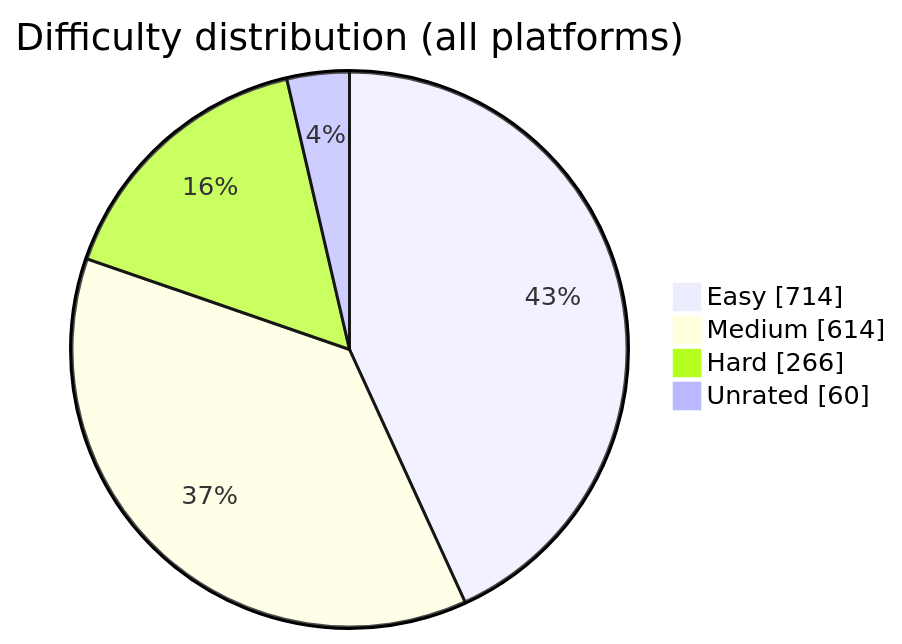
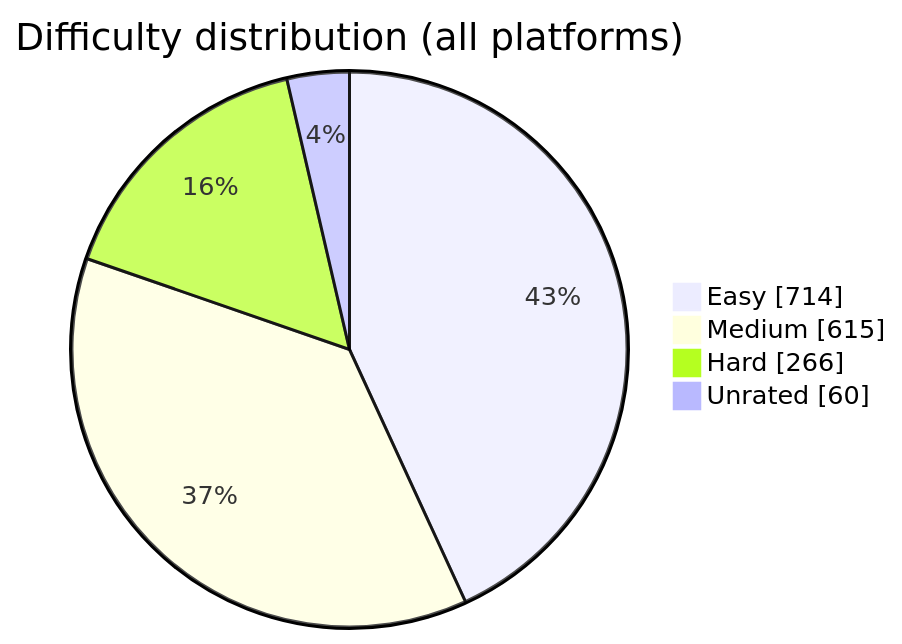
One commit to BuildbyArindam/Daily-Coding-Log changed the diagram in README.md. Above: the diagram before and after it, drawn with Mermaid. The commit also changed other lines of this file, not shown here.

````diff
--- a/README.md
+++ b/README.md
@@ -93,7 +93,7 @@
 ```mermaid
 pie showData title Difficulty distribution (all platforms)
     "Easy" : 714
-    "Medium" : 614
+    "Medium" : 615
     "Hard" : 266
     "Unrated" : 60
 ```
````
